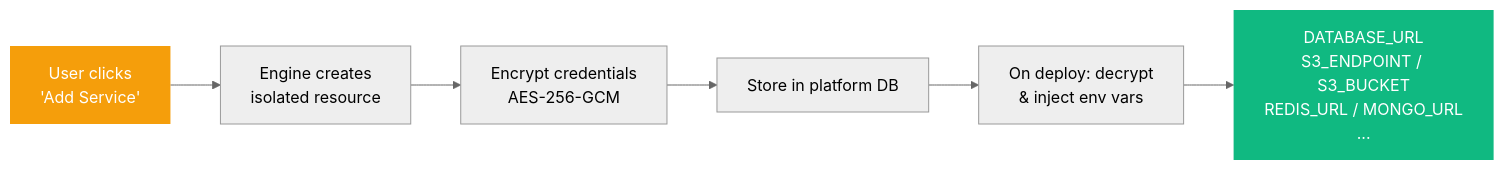
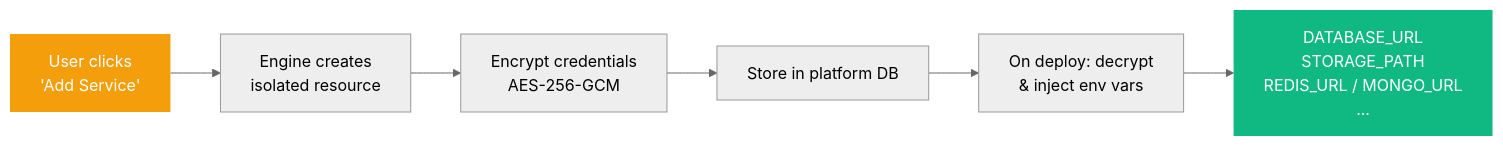
Before and after one commit to JohnPitter/luxview-cloud: the fifth of 5 diagrams in README.md, drawn with Mermaid (neutral theme). The commit also changed other lines of this file and 4 other files, not shown here.

````diff
--- a/README.md
+++ b/README.md
@@ -254,12 +252,12 @@
 ```mermaid
 flowchart LR
     A[User clicks<br/>'Add Service'] --> B[Engine creates<br/>isolated resource]
     B --> C[Encrypt credentials<br/>AES-256-GCM]
     C --> D[Store in platform DB]
     D --> E[On deploy: decrypt<br/>& inject env vars]
 
-    E --> F["DATABASE_URL<br/>S3_ENDPOINT / S3_BUCKET<br/>REDIS_URL / MONGO_URL<br/>..."]
+    E --> F["DATABASE_URL<br/>STORAGE_PATH<br/>REDIS_URL / MONGO_URL<br/>..."]
 
     style A fill:#F59E0B,color:#fff,stroke:none
     style F fill:#10B981,color:#fff,stroke:none
 ```
````
